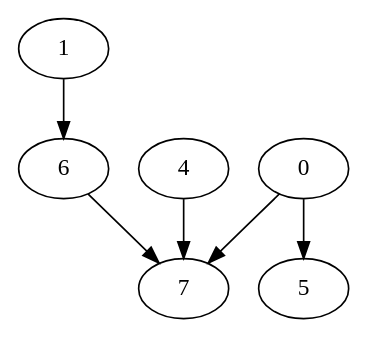
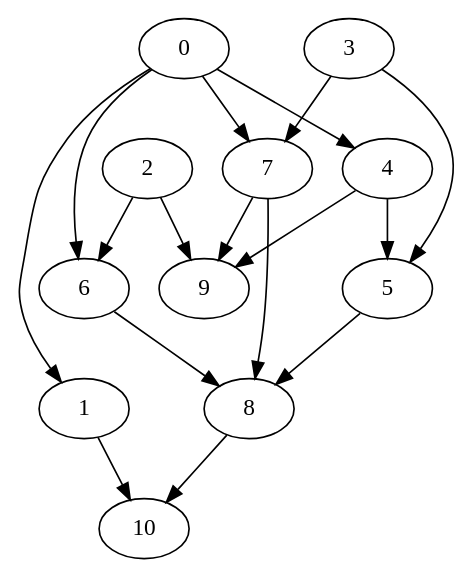
One commit to MrGreyPanda/NEM-MCMC-optimization changed the diagram in DAGs/networks/network7/network7_red.gv. Above: the diagram before and after it, drawn with Graphviz. The commit also changed 177 other files, not shown here.

```diff
--- a/DAGs/networks/network7/network7_red.gv
+++ b/DAGs/networks/network7/network7_red.gv
@@ -1,7 +1,18 @@
 digraph {
+    0 -> 1;
     0 -> 7;
-    6 -> 7;
-    0 -> 5;
-    1 -> 6;
-    4 -> 7;
+    0 -> 4;
+    4 -> 9;
+    3 -> 7;
+    7 -> 9;
+    3 -> 5;
+    5 -> 8;
+    6 -> 8;
+    8 -> 10;
+    0 -> 6;
+    2 -> 9;
+    4 -> 5;
+    2 -> 6;
+    1 -> 10;
+    7 -> 8;
 }
```
